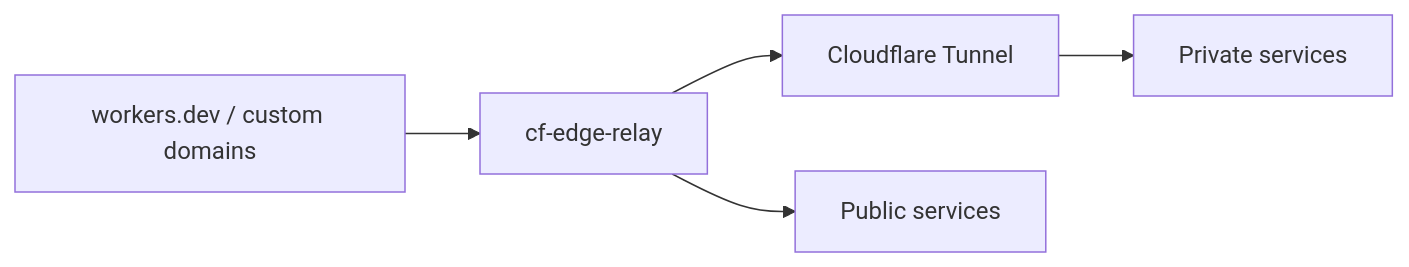
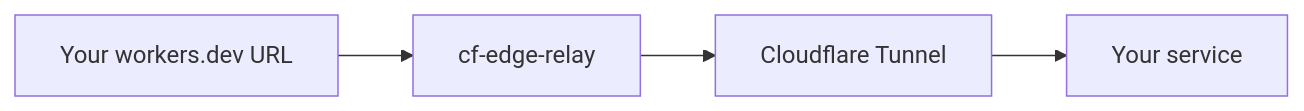
Before and after one commit to dreamhunter2333/cf-edge-relay: the diagram in README.md, drawn with Mermaid. The commit also changed other lines of this file and 8 other files, not shown here.

Commit message:
refactor: focus on one target without a custom domain

````diff
--- a/README.md
+++ b/README.md
@@ -7,6 +7,4 @@
 ```mermaid
 flowchart LR
-  In["workers.dev / custom domains"] --> Proxy["cf-edge-relay"]
-  Proxy --> Tunnel["Cloudflare Tunnel"] --> Private["Private services"]
-  Proxy --> Public["Public services"]
+  URL["Your workers.dev URL"] --> Worker["cf-edge-relay"] --> Tunnel["Cloudflare Tunnel"] --> Target["Your service"]
 ```
````
